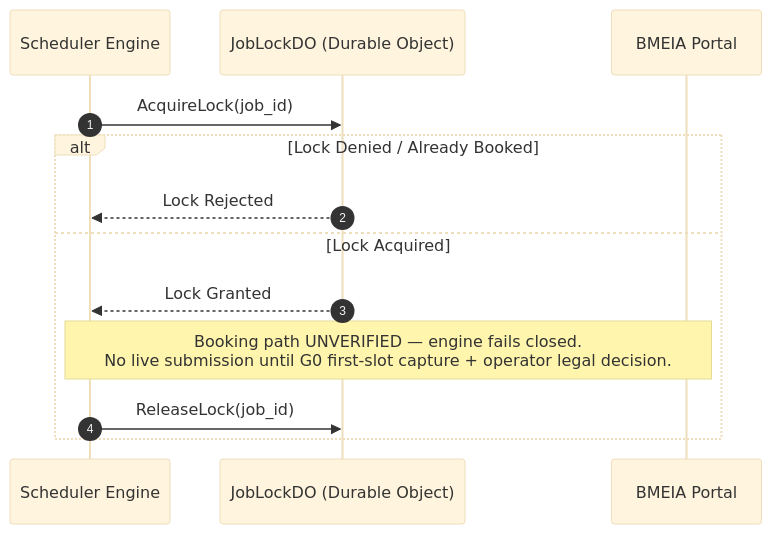
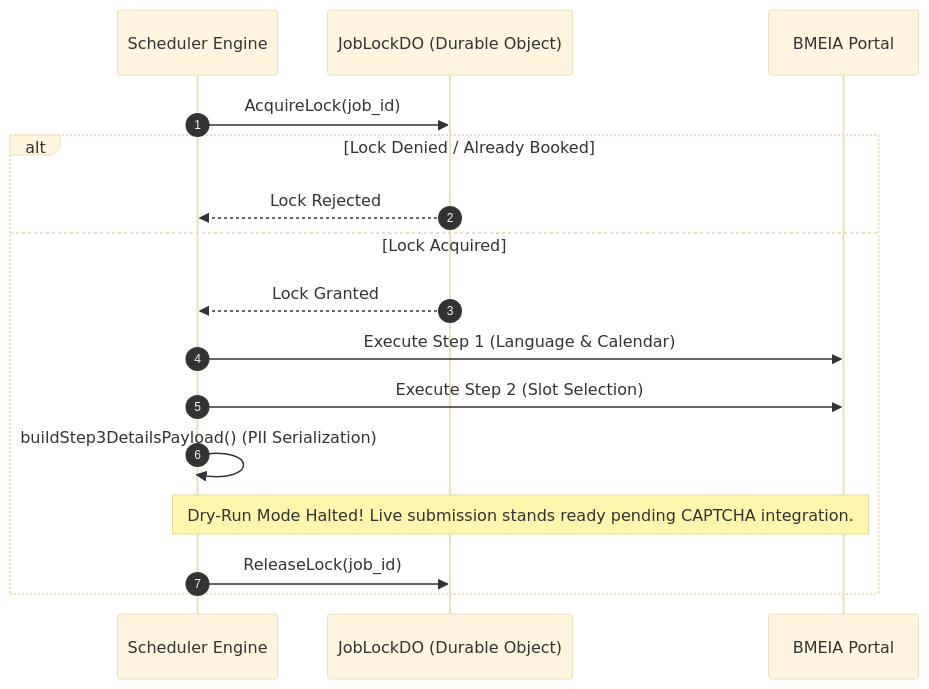
Before and after one commit to abdulsamed1/aegisflow: the third of 3 diagrams in docs/architecture.md, drawn with Mermaid (base theme). The commit also changed other lines of this file and 12 other files, not shown here.

Commit message:
feat: implement BMEIA portal booking payload serialization, date formatting, and reference ID parsing with full test coverage.

````diff
--- a/docs/architecture.md
+++ b/docs/architecture.md
@@ -181,16 +182,19 @@
 ```mermaid
 sequenceDiagram
     autonumber
     participant Sched as Scheduler Engine
     participant DO as JobLockDO (Durable Object)
     participant BMEIA as BMEIA Portal
 
     Sched->>DO: AcquireLock(job_id)
     alt Lock Denied / Already Booked
         DO-->>Sched: Lock Rejected
     else Lock Acquired
         DO-->>Sched: Lock Granted
-        Note over Sched,BMEIA: Booking path UNVERIFIED — engine fails closed.<br/>No live submission until G0 first-slot capture + operator legal decision.
+        Sched->>BMEIA: Execute Step 1 (Language & Calendar)
+        Sched->>BMEIA: Execute Step 2 (Slot Selection)
+        Sched->>Sched: buildStep3DetailsPayload() (PII Serialization)
+        Note over Sched,BMEIA: Dry-Run Mode Halted! Live submission stands ready pending CAPTCHA integration.
         Sched->>DO: ReleaseLock(job_id)
     end
 ```
````
